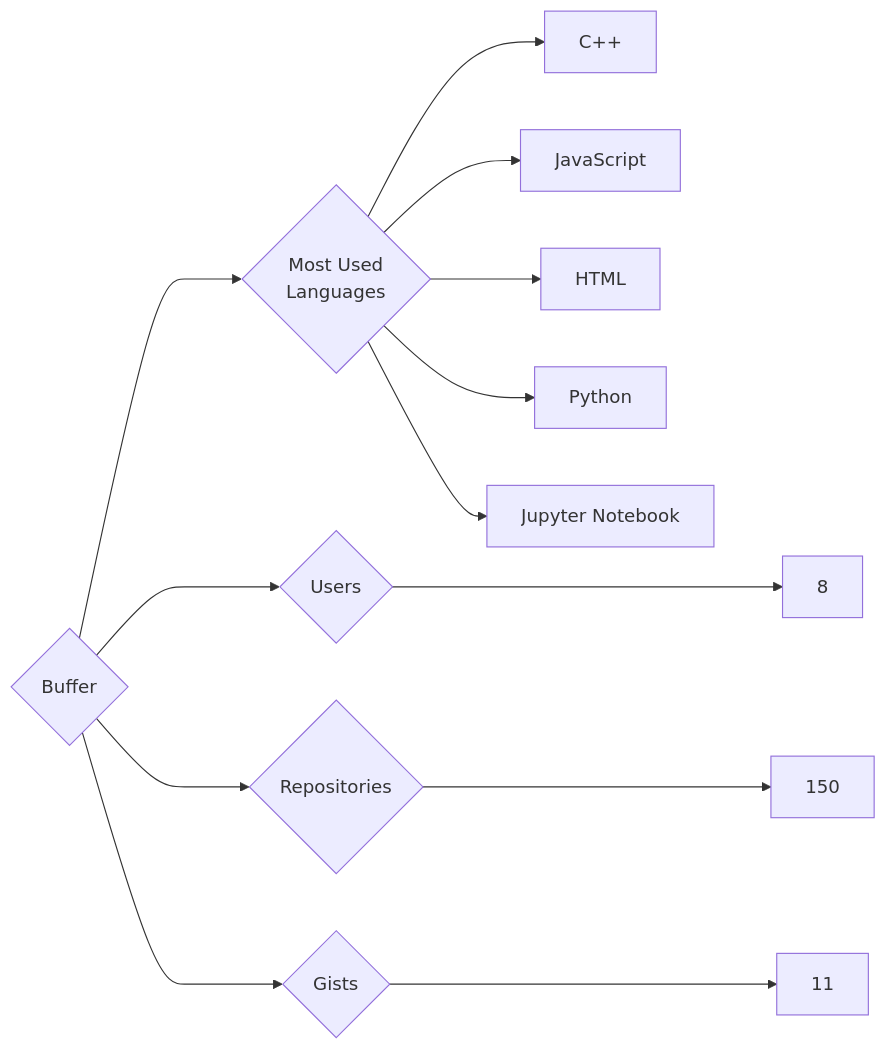
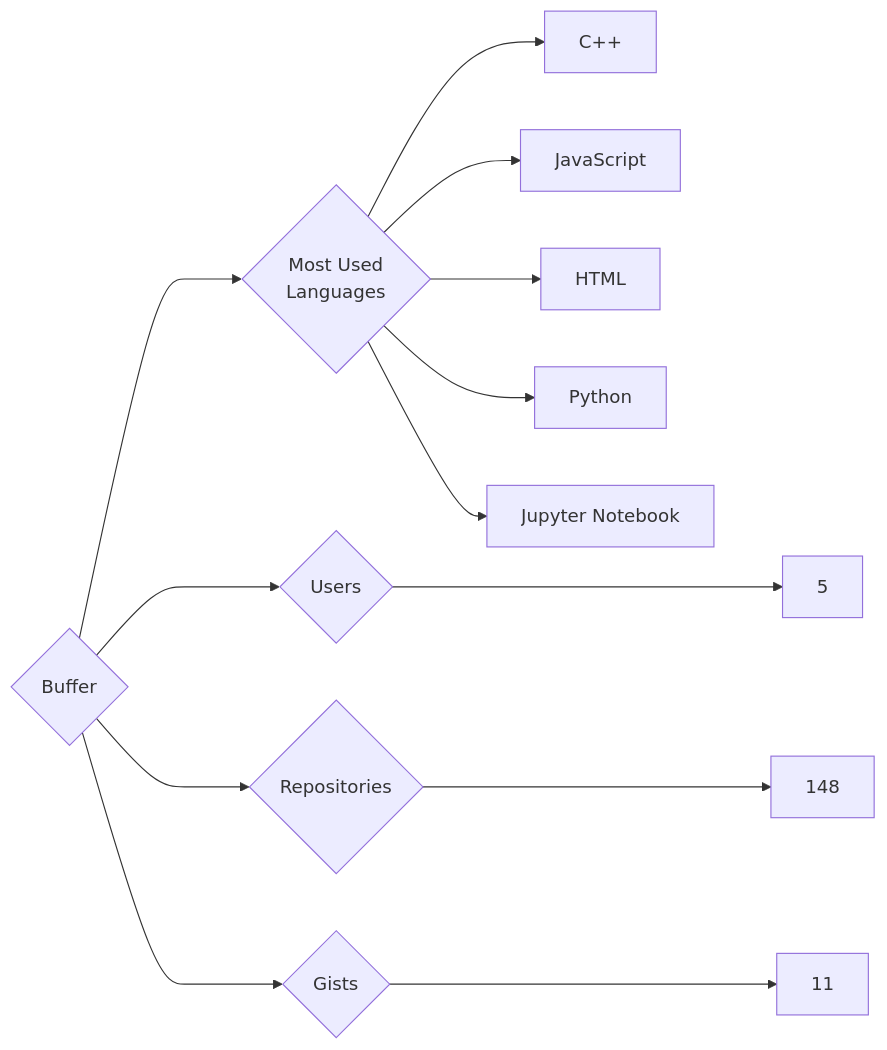
The diagram in targets/Buffer/README.md (trickest/insiders), drawn with Mermaid before and after one commit. The commit also changed 895 other files, not shown here.

````diff
--- a/targets/Buffer/README.md
+++ b/targets/Buffer/README.md
@@ -3,13 +3,13 @@
 ```mermaid
 graph LR
 COMPANY_NAME{Buffer}
-COMPANY_NAME ---> U{Users} ---> UN[8]
-COMPANY_NAME ---> R{Repositories} ---> RN[150]
+COMPANY_NAME ---> U{Users} ---> UN[5]
+COMPANY_NAME ---> R{Repositories} ---> RN[148]
 COMPANY_NAME ---> G{Gists} ---> GN[11]
 COMPANY_NAME ---> ML{Most Used<br>Languages}
 ML --> C++[C++]
 ML --> JavaScript[JavaScript]
 ML --> HTML[HTML]
 ML --> Python[Python]
 ML --> Jupyter_Notebook[Jupyter Notebook]
 ```
````
